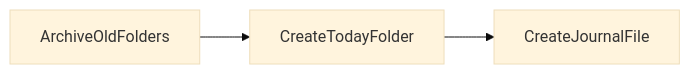
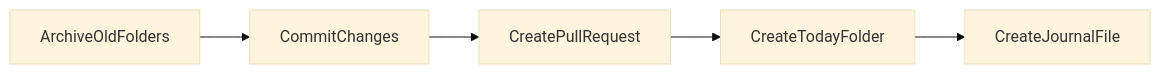
The diagram in journal_daily_setup/docs/design.md (merrellkd/business-os-automations), drawn with Mermaid (base theme) before and after one commit. The commit also changed other lines of this file and 3 other files, not shown here.

Commit message:
Add commit/PR logic and update flow

````diff
--- a/journal_daily_setup/docs/design.md
+++ b/journal_daily_setup/docs/design.md
@@ -7,5 +7,7 @@
 ```mermaid
 flowchart LR
-    A[ArchiveOldFolders] --> B[CreateTodayFolder]
-    B --> C[CreateJournalFile]
+    A[ArchiveOldFolders] --> B[CommitChanges]
+    B --> C[CreatePullRequest]
+    C --> D[CreateTodayFolder]
+    D --> E[CreateJournalFile]
 ```
````
